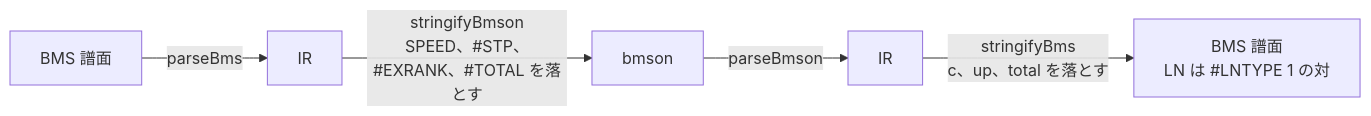
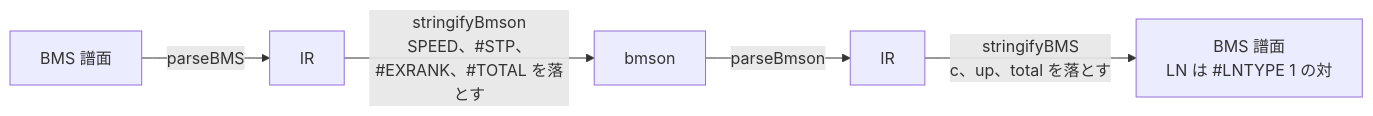
Before and after one commit to nulltask/be-music: the diagram in docs/format-compat.ja.md, drawn with Mermaid. The commit also changed other lines of this file and 921 other files, not shown here.

````diff
--- a/docs/format-compat.ja.md
+++ b/docs/format-compat.ja.md
@@ -357,7 +357,7 @@
 ```mermaid
 flowchart LR
-  bms["BMS 譜面"] -->|parseBms| ir1["IR"]
+  bms["BMS 譜面"] -->|parseBMS| ir1["IR"]
   ir1 -->|"stringifyBmson<br/>SPEED、#STP、<br/>#EXRANK、#TOTAL を落とす"| bmson["bmson"]
   bmson -->|parseBmson| ir2["IR"]
-  ir2 -->|"stringifyBms<br/>c、up、total を落とす"| back["BMS 譜面<br/>LN は #LNTYPE 1 の対"]
+  ir2 -->|"stringifyBMS<br/>c、up、total を落とす"| back["BMS 譜面<br/>LN は #LNTYPE 1 の対"]
 ```
````
